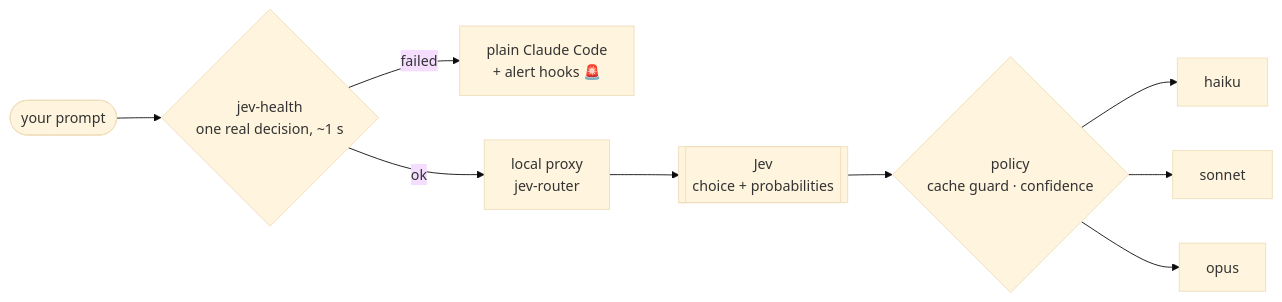
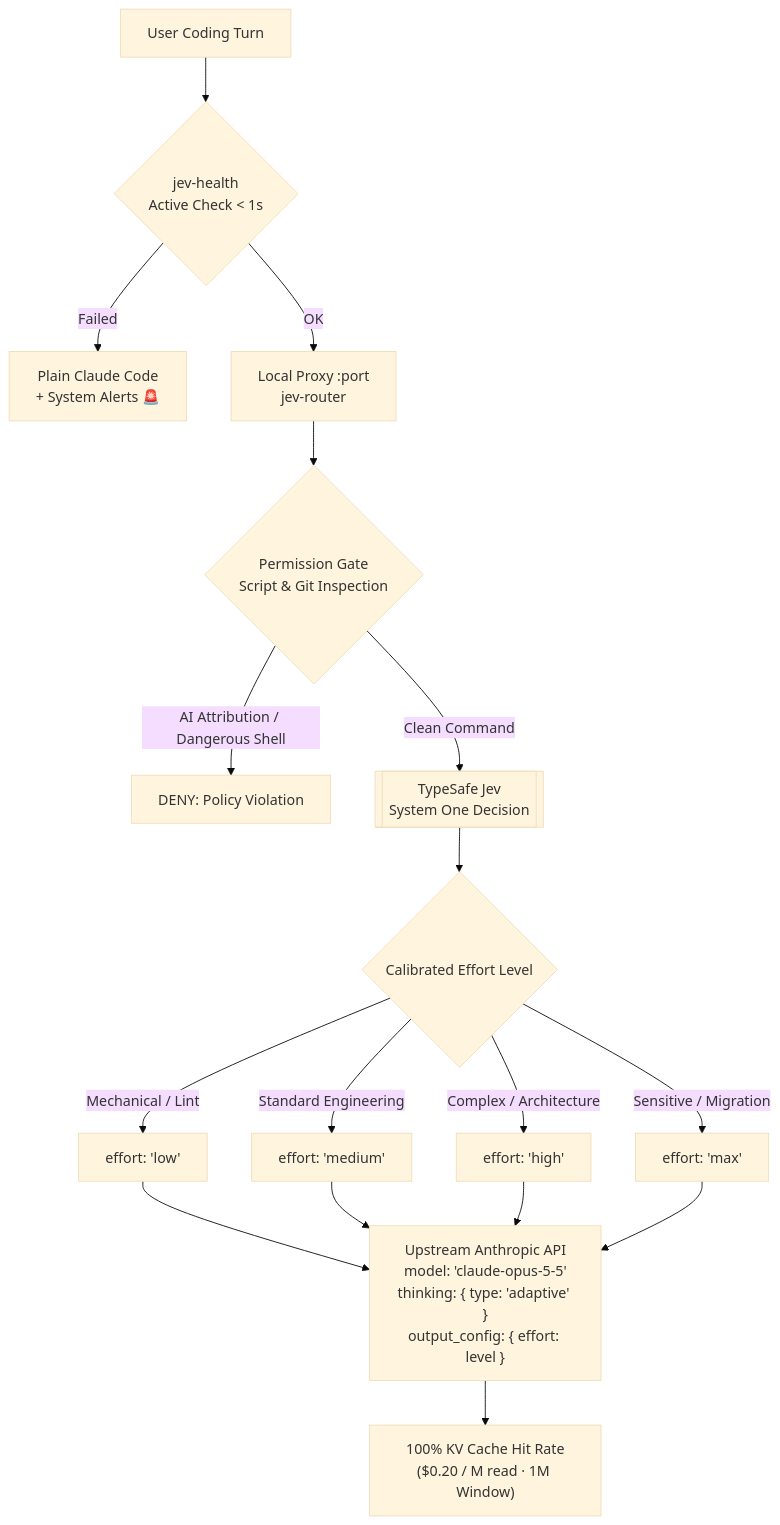
Before and after one commit to Pasblinn/jev-lab: the diagram in README.md, drawn with Mermaid (base theme). The commit also changed other lines of this file and 5 other files, not shown here.

First line of the commit message:
docs: add PRD, ADRs, single-model multi-effort specs and 1M context parity

````diff
--- a/README.md
+++ b/README.md
@@ -54,11 +50,17 @@
 ```mermaid
-flowchart LR
-    U([your prompt]) --> H{jev-health<br/>one real decision, ~1 s}
-    H -- failed --> F[plain Claude Code<br/>+ alert hooks 🚨]
-    H -- ok --> P[local proxy<br/>jev-router]
-    P --> J[[Jev<br/>choice + probabilities]]
-    J --> G{policy<br/>cache guard · confidence}
-    G --> M1[haiku]
-    G --> M2[sonnet]
-    G --> M3[opus]
+flowchart TD
+    Prompt[User Coding Turn] --> Probe{jev-health<br/>Active Check < 1s}
+    Probe -- Failed --> Fallback[Plain Claude Code<br/>+ System Alerts 🚨]
+    Probe -- OK --> Proxy[Local Proxy :port<br/>jev-router]
+    Proxy --> Gate{Permission Gate<br/>Script & Git Inspection}
+    Gate -- AI Attribution / Dangerous Shell --> Deny[DENY: Policy Violation]
+    Gate -- Clean Command --> Jev[[TypeSafe Jev<br/>System One Decision]]
+    Jev --> Choice{Calibrated Effort Level}
+    Choice -- Mechanical / Lint --> Low["effort: 'low'"]
+    Choice -- Standard Engineering --> Med["effort: 'medium'"]
+    Choice -- Complex / Architecture --> High["effort: 'high'"]
+    Choice -- Sensitive / Migration --> Max["effort: 'max'"]
+    
+    Low & Med & High & Max --> Upstream["Upstream Anthropic API<br/>model: 'claude-opus-5-5'<br/>thinking: { type: 'adaptive' }<br/>output_config: { effort: level }"]
+    Upstream --> Cache["100% KV Cache Hit Rate<br/>($0.20 / M read · 1M Window)"]
 ```
````
